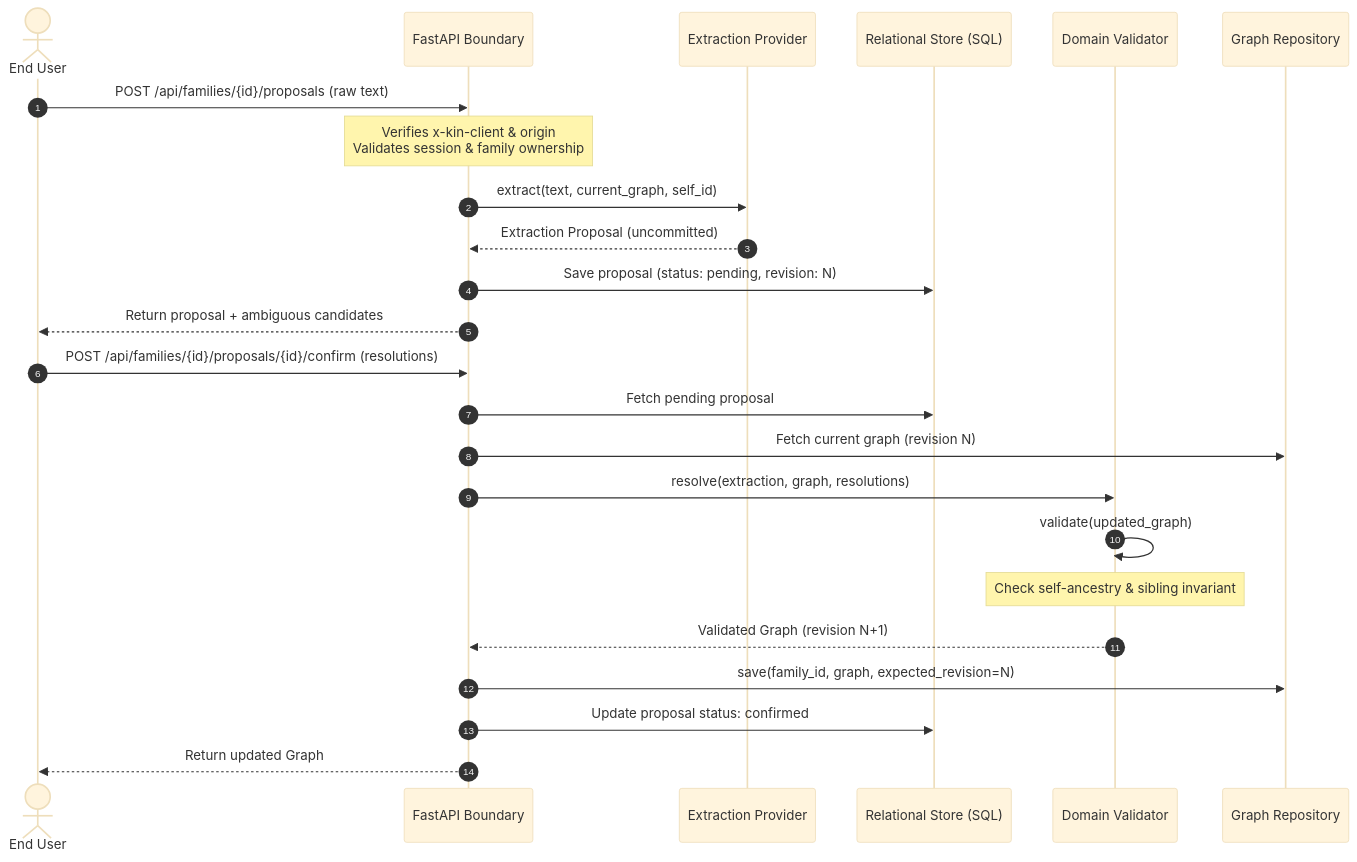
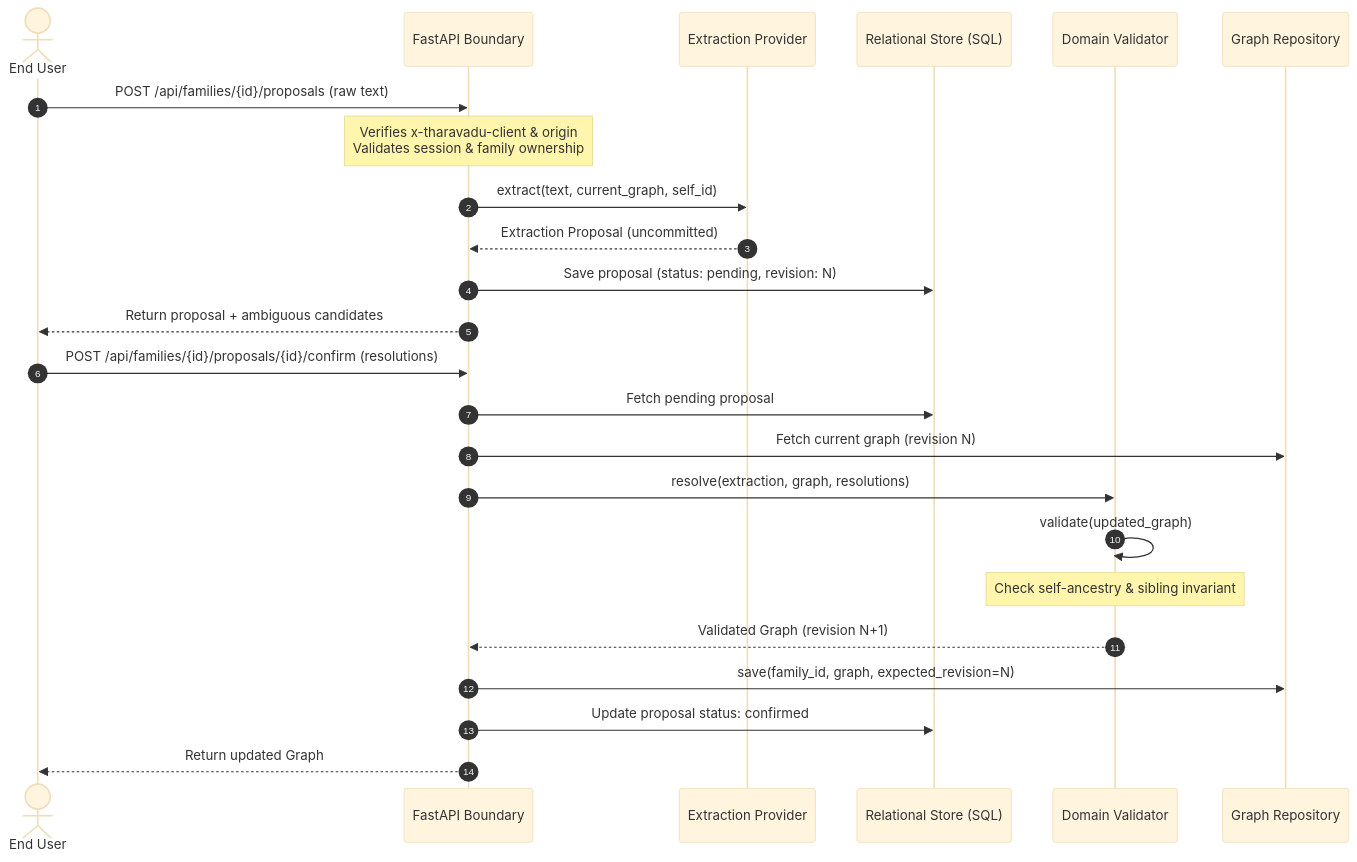
The second of 3 diagrams in docs/ARCHITECTURE.md (KevinGeorge100/Tharavadu), drawn with Mermaid (base theme) before and after one commit. The commit also changed other lines of this file and 26 other files, not shown here.

Commit message:
chore: rename KIN product to Tharavadu

````diff
--- a/docs/ARCHITECTURE.md
+++ b/docs/ARCHITECTURE.md
@@ -81,28 +81,28 @@
 ```mermaid
 sequenceDiagram
   autonumber
   actor User as End User
   participant API as FastAPI Boundary
   participant AI as Extraction Provider
   participant DB as Relational Store (SQL)
   participant Domain as Domain Validator
   participant Graph as Graph Repository
 
   User->>API: POST /api/families/{id}/proposals (raw text)
-  Note over API: Verifies x-kin-client & origin<br/>Validates session & family ownership
+  Note over API: Verifies x-tharavadu-client & origin<br/>Validates session & family ownership
   API->>AI: extract(text, current_graph, self_id)
   AI-->>API: Extraction Proposal (uncommitted)
   API->>DB: Save proposal (status: pending, revision: N)
   API-->>User: Return proposal + ambiguous candidates
 
   User->>API: POST /api/families/{id}/proposals/{id}/confirm (resolutions)
   API->>DB: Fetch pending proposal
   API->>Graph: Fetch current graph (revision N)
   API->>Domain: resolve(extraction, graph, resolutions)
   Domain->>Domain: validate(updated_graph)
   Note over Domain: Check self-ancestry & sibling invariant
   Domain-->>API: Validated Graph (revision N+1)
   API->>Graph: save(family_id, graph, expected_revision=N)
   API->>DB: Update proposal status: confirmed
   API-->>User: Return updated Graph
 ```
````
